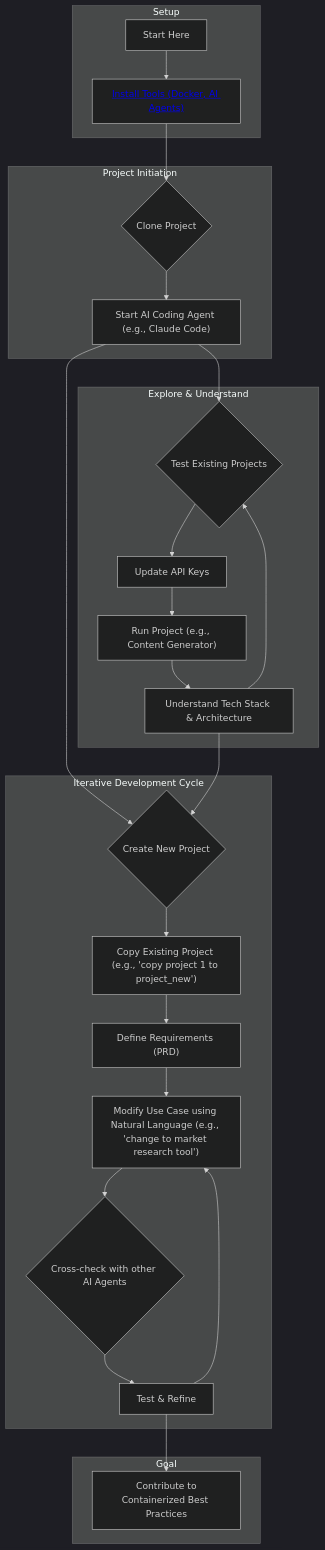
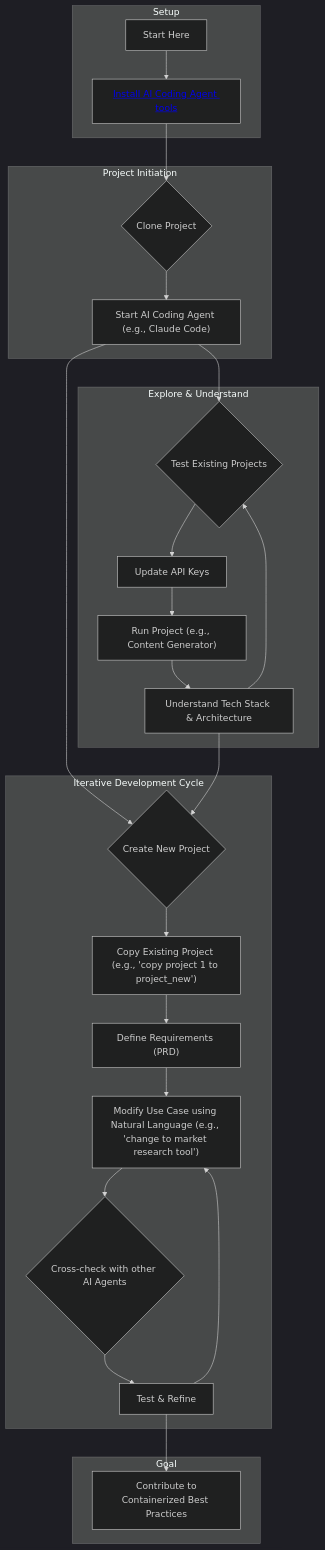
The diagram in README.md (pingwu/multi-ai-coding-agent), drawn with Mermaid (dark theme) before and after one commit.

Commit message:
fix: update diagram text to 'Install AI Coding Agent tools'
- Updated Mermaid diagram text from 'Install Tools (Docker, AI Agents)' to 'Install AI Coding Agent tools'
- Maintained correct hyperlink to setup/quick-start.md

🤖 Generated with [Claude Code](https://claude.ai/code)

````diff
--- a/README.md
+++ b/README.md
@@ -25,35 +25,35 @@
 ```mermaid
 graph TD
     subgraph "Setup"
-        A[Start Here] --> B["<a href='./setup/quick-start.md'>Install Tools (Docker, AI Agents)</a>"];
+        A[Start Here] --> B["<a href='./setup/quick-start.md'>Install AI Coding Agent tools</a>"];
     end
 
     subgraph "Project Initiation"
         B --> C{Clone Project};
         C --> D["Start AI Coding Agent (e.g., Claude Code)"];
     end
 
     subgraph "Explore & Understand"
         D --> E{Test Existing Projects};
         E --> F["Update API Keys"];
         F --> G["Run Project (e.g., Content Generator)"];
         G --> H["Understand Tech Stack & Architecture"];
         H --> E;
     end
 
     subgraph "Iterative Development Cycle"
         D --> I{Create New Project};
         I --> J["Copy Existing Project (e.g., 'copy project 1 to project_new')"];
         J --> K["Define Requirements (PRD)"];
         K --> L["Modify Use Case using Natural Language (e.g., 'change to market research tool')"];
         L --> M{Cross-check with other AI Agents};
         M --> N["Test & Refine"];
         N --> L;
     end
 
     subgraph "Goal"
         N --> O["Contribute to<br>Containerized Best Practices"];
     end
 
     H --> I;
 ```
````
